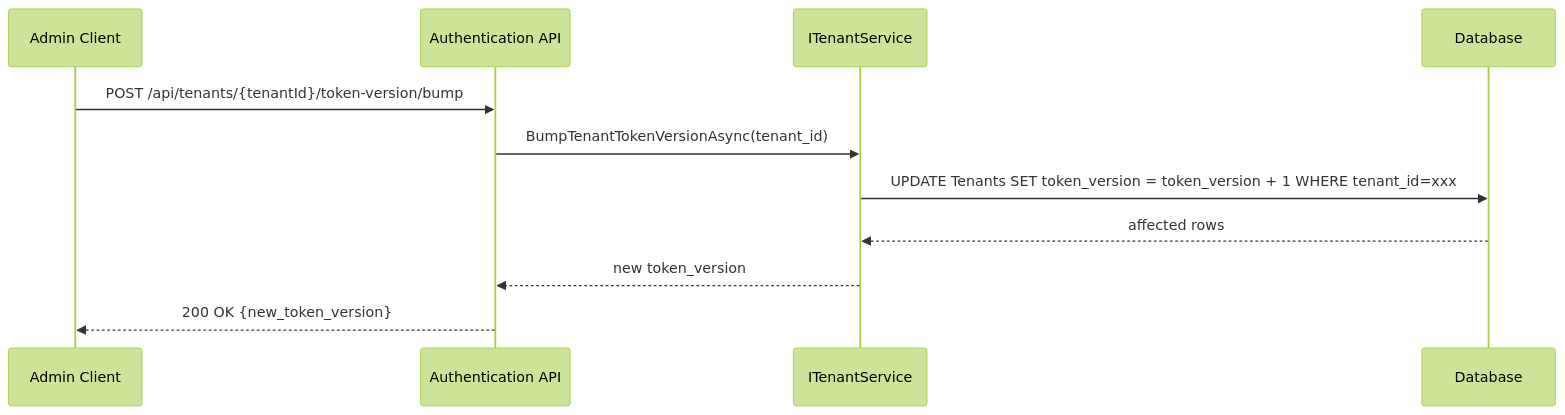
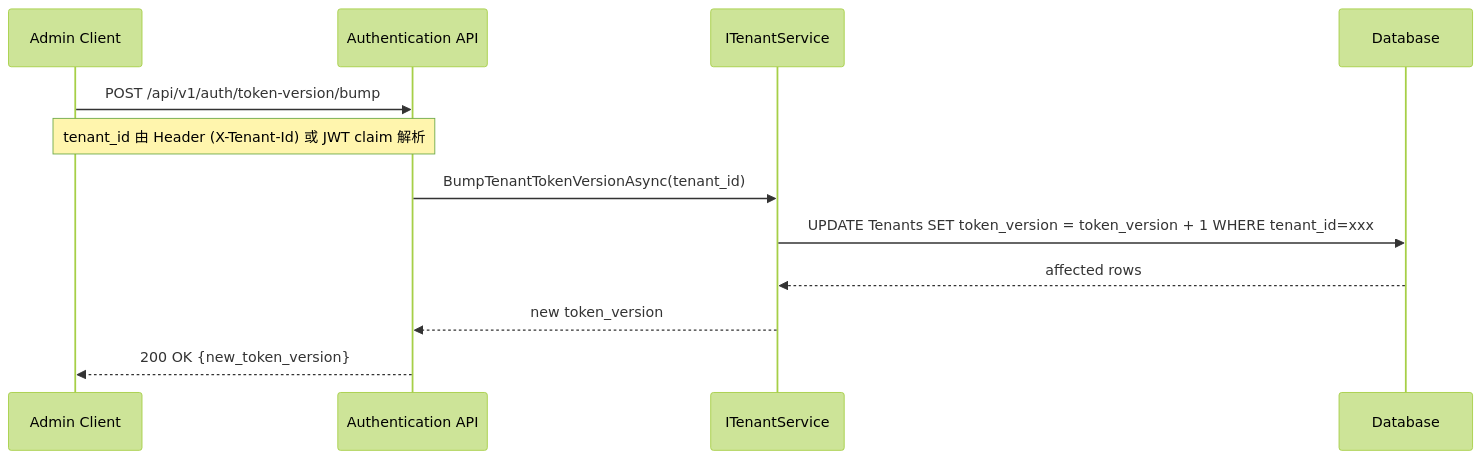
The ninth of 12 diagrams in docs/SequenceDiagrams.md (Bird73/Service), drawn with Mermaid (forest theme) before and after one commit. The commit also changed other lines of this file and 125 other files, not shown here.

````diff
--- a/docs/SequenceDiagrams.md
+++ b/docs/SequenceDiagrams.md
@@ -299,14 +300,15 @@
 ```mermaid
 sequenceDiagram
     participant Admin as Admin Client
     participant API as Authentication API
     participant TS as ITenantService
     participant DB as Database
 
-    Admin->>API: POST /api/tenants/{tenantId}/token-version/bump
+    Admin->>API: POST /api/v1/auth/token-version/bump
+    note over Admin,API: tenant_id 由 Header (X-Tenant-Id) 或 JWT claim 解析
     API->>TS: BumpTenantTokenVersionAsync(tenant_id)
     TS->>DB: UPDATE Tenants SET token_version = token_version + 1 WHERE tenant_id=xxx
     DB-->>TS: affected rows
     TS-->>API: new token_version
     API-->>Admin: 200 OK {new_token_version}
 ```
````
